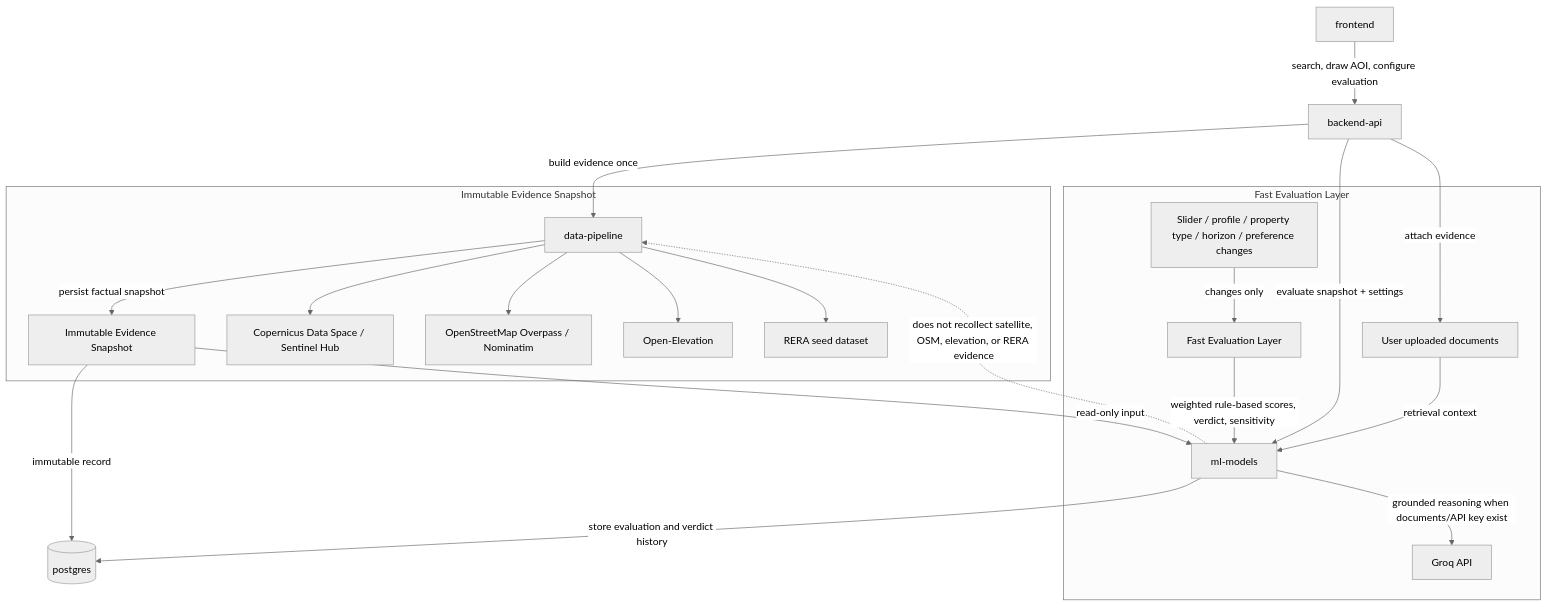
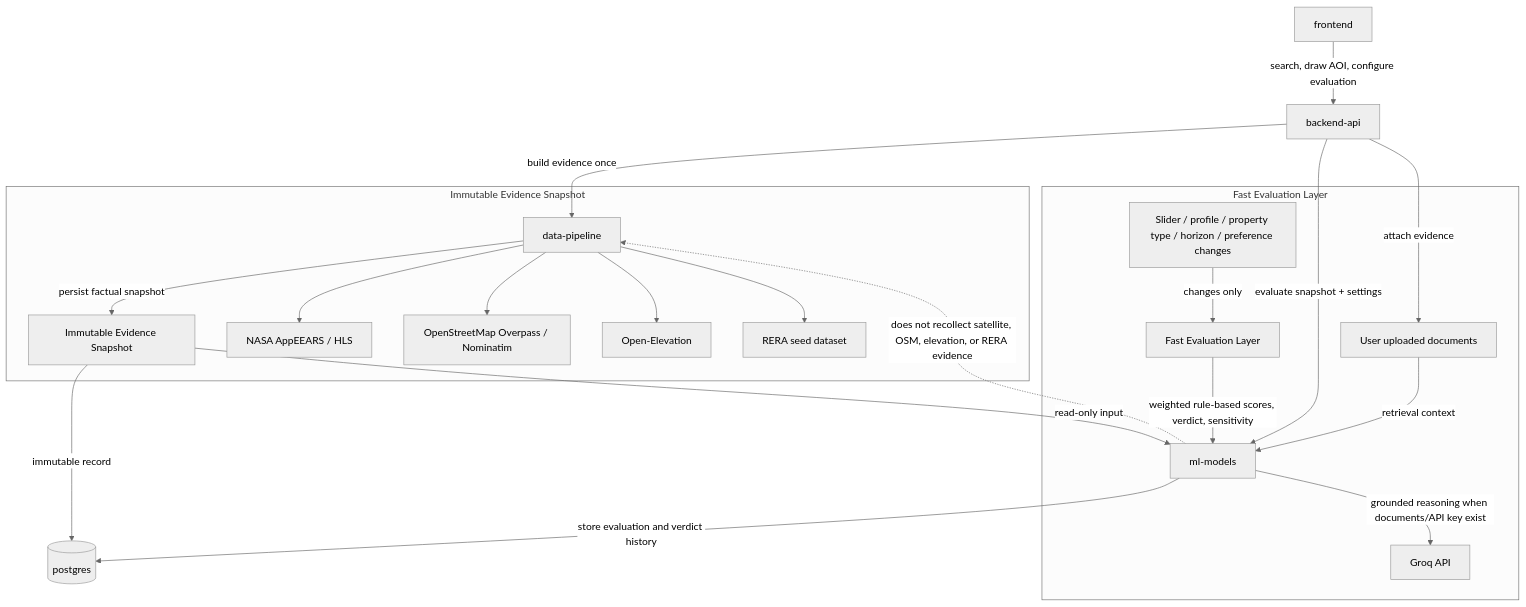
The diagram in docs/architecture.md (riit3sh/TerraScope), drawn with Mermaid (neutral theme) before and after one commit. The commit also changed 8 other files, not shown here.

Commit message:
Switch satellite evidence to NASA AppEEARS

````diff
--- a/docs/architecture.md
+++ b/docs/architecture.md
@@ -5,56 +5,56 @@
 ```mermaid
 graph TD
     frontend[frontend]
     backend[backend-api]
     pipeline[data-pipeline]
     ml[ml-models]
     postgres[(postgres)]
 
     evidence[Immutable Evidence Snapshot]
     evaluation[Fast Evaluation Layer]
     settings[Slider / profile / property type / horizon / preference changes]
 
-    copernicus[Copernicus Data Space / Sentinel Hub]
+    appeears[NASA AppEEARS / HLS]
     osm[OpenStreetMap Overpass / Nominatim]
     elevation[Open-Elevation]
     groq[Groq API]
     rera[RERA seed dataset]
     uploads[User uploaded documents]
 
     frontend -->|search, draw AOI, configure evaluation| backend
     backend -->|build evidence once| pipeline
     pipeline -->|persist factual snapshot| evidence
     evidence -->|immutable record| postgres
     backend -->|evaluate snapshot + settings| ml
     evidence -->|read-only input| ml
     ml -->|store evaluation and verdict history| postgres
 
-    pipeline --> copernicus
+    pipeline --> appeears
     pipeline --> osm
     pipeline --> elevation
     pipeline --> rera
     backend -->|attach evidence| uploads
     ml -->|grounded reasoning when documents/API key exist| groq
     uploads -->|retrieval context| ml
 
     settings -->|changes only| evaluation
     evaluation -->|weighted rule-based scores, verdict, sensitivity| ml
     ml -.->|does not recollect satellite, OSM, elevation, or RERA evidence| pipeline
 
     subgraph COLLECTION[Immutable Evidence Snapshot]
         pipeline
         evidence
-        copernicus
+        appeears
         osm
         elevation
         rera
     end
 
     subgraph DECISION[Fast Evaluation Layer]
         settings
         evaluation
         ml
         groq
         uploads
     end
 ```
````
